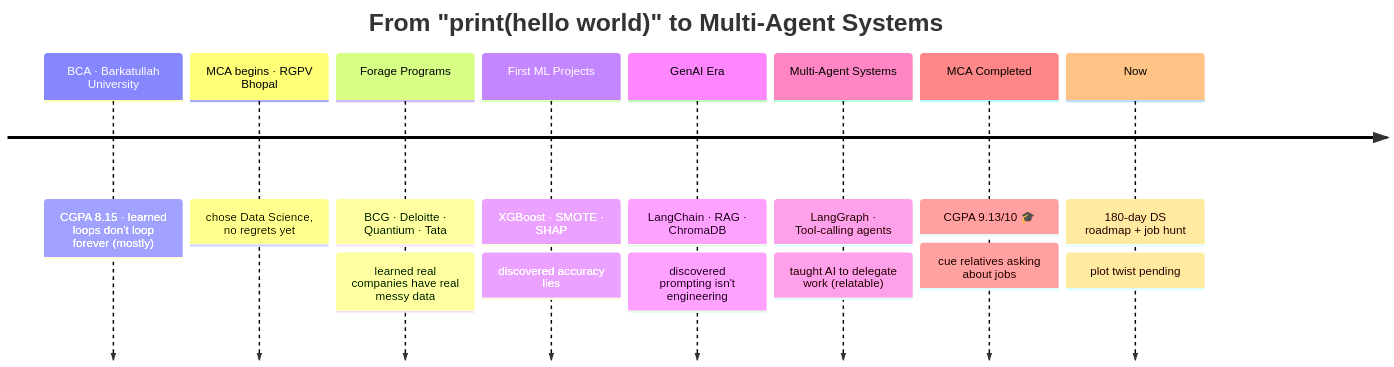
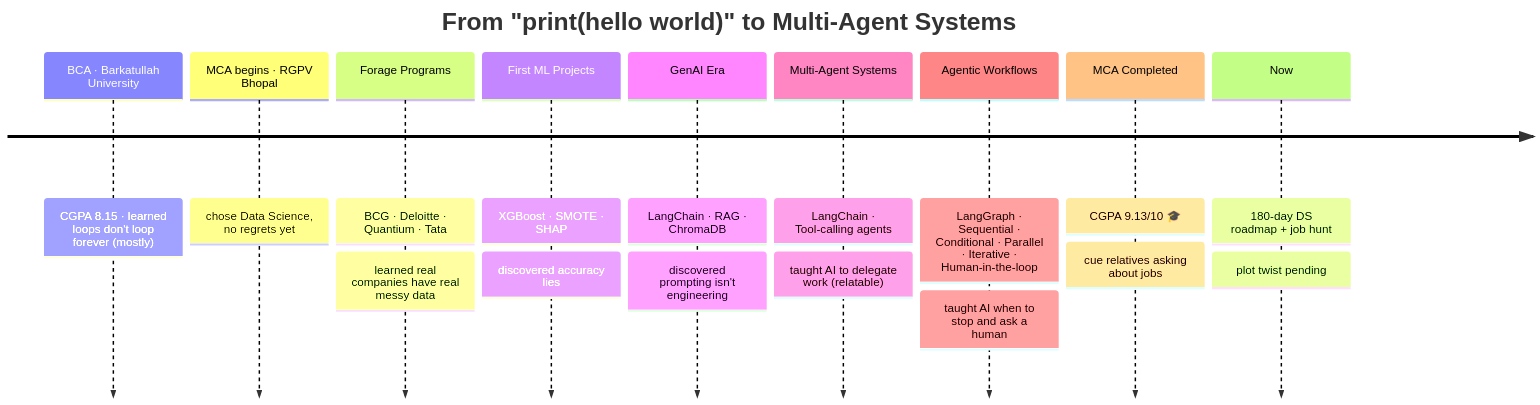
One commit to AbhishekGorya/AbhishekGorya changed the first of 6 diagrams in README.md. Above: the diagram before and after it, drawn with Mermaid. The commit also changed other lines of this file, not shown here.

First line of the commit message:
Revise README with updated project details and workflows

````diff
--- a/README.md
+++ b/README.md
@@ -69,12 +69,13 @@
 ```mermaid
 timeline
     title From "print(hello world)" to Multi-Agent Systems
     BCA · Barkatullah University : CGPA 8.15 · learned loops don't loop forever (mostly)
     MCA begins · RGPV Bhopal : chose Data Science, no regrets yet
     Forage Programs : BCG · Deloitte · Quantium · Tata : learned real companies have real messy data
     First ML Projects : XGBoost · SMOTE · SHAP : discovered accuracy lies
     GenAI Era : LangChain · RAG · ChromaDB : discovered prompting isn't engineering
-    Multi-Agent Systems : LangGraph · Tool-calling agents : taught AI to delegate work (relatable)
+    Multi-Agent Systems : LangChain · Tool-calling agents : taught AI to delegate work (relatable)
+    Agentic Workflows : LangGraph · Sequential · Conditional · Parallel · Iterative · Human-in-the-loop : taught AI when to stop and ask a human
     MCA Completed : CGPA 9.13/10 🎓 : cue relatives asking about jobs
     Now : 180-day DS roadmap + job hunt : plot twist pending
 ```
````
